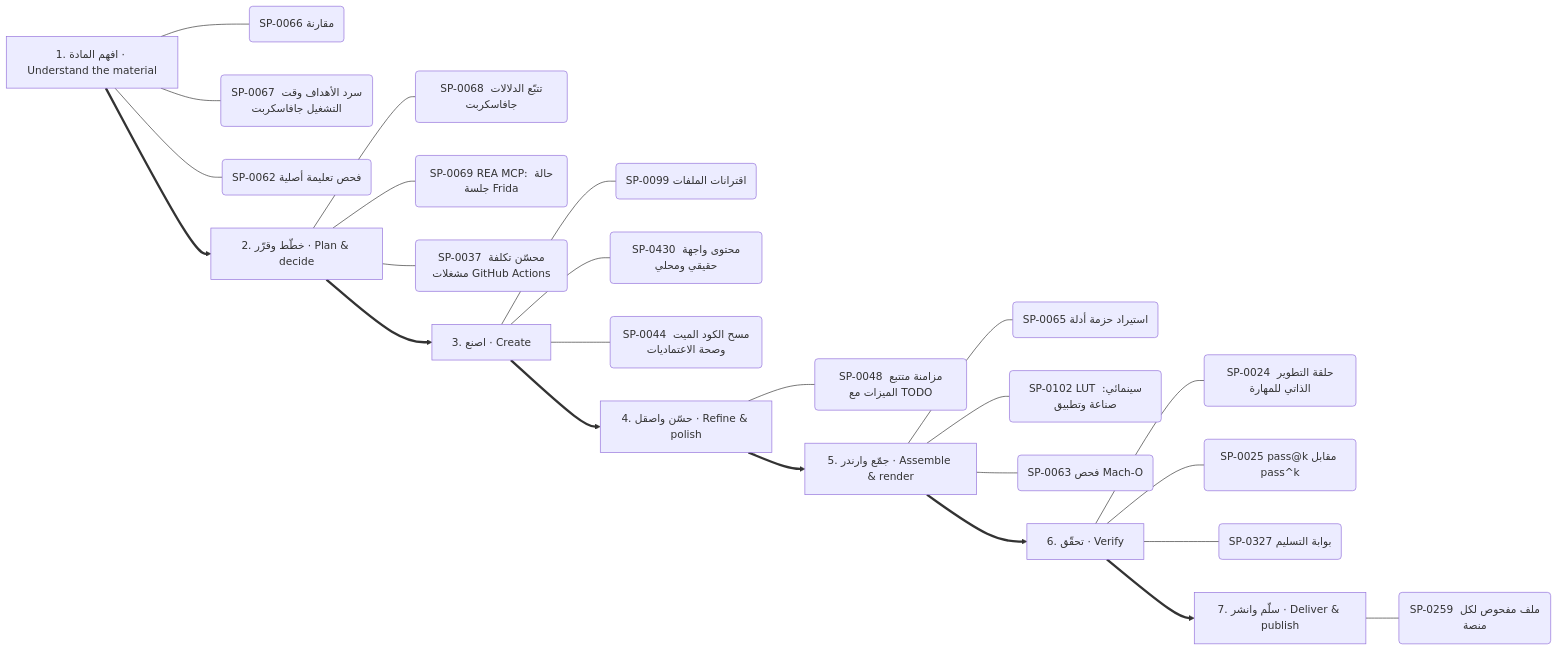
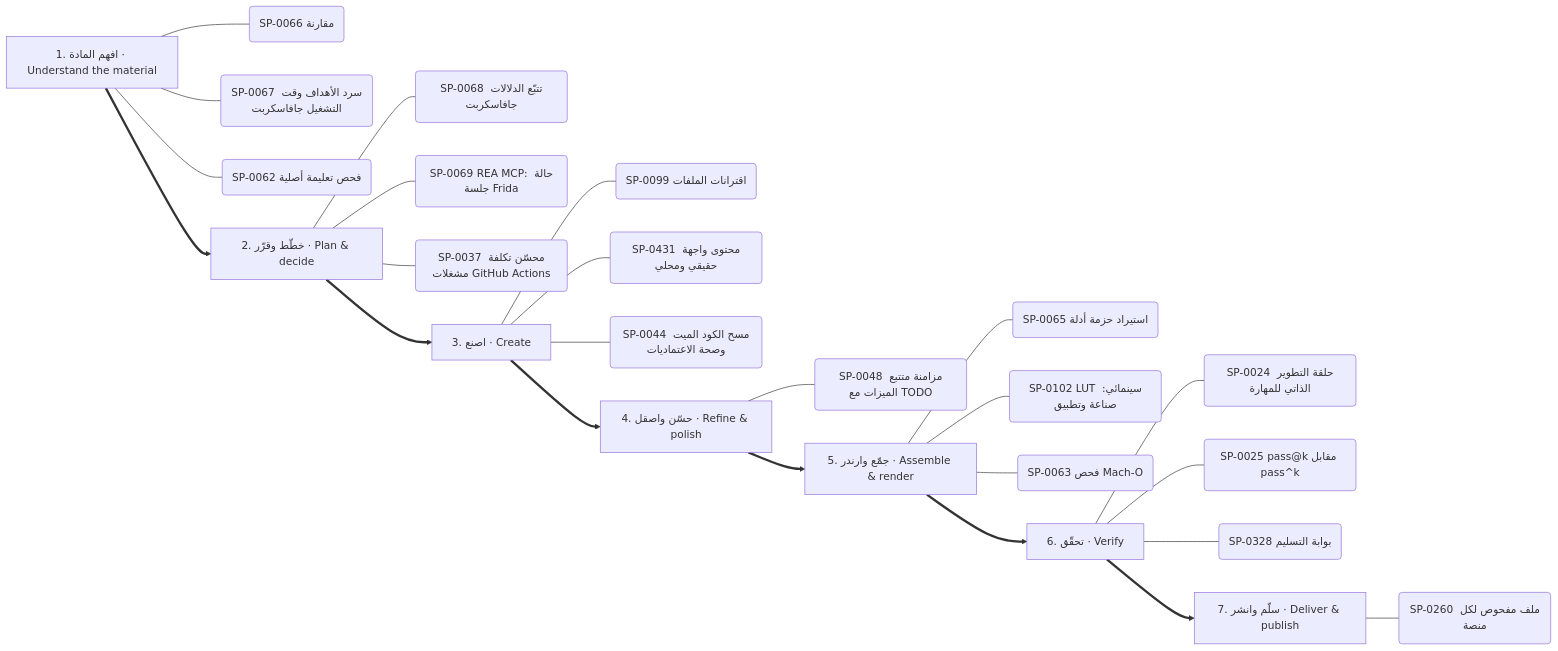
One commit to kosif199022-jpg/kosif-tool changed diagram 11 of 13 in .claude/skills/kosif-superpowers/references/capability-mindmap.md. Above: the diagram before and after it, drawn with Mermaid. The commit also changed other lines of this file and 36 other files, not shown here.

````diff
--- a/.claude/skills/kosif-superpowers/references/capability-mindmap.md
+++ b/.claude/skills/kosif-superpowers/references/capability-mindmap.md
@@ -542,33 +544,33 @@
 ```mermaid
 flowchart LR
   S0["1. افهم المادة · Understand the material"]
   S0 --- S0_0("SP-0066 مقارنة")
   S0 --- S0_1("SP-0067 سرد الأهداف وقت التشغيل جافاسكربت")
   S0 --- S0_2("SP-0062 فحص تعليمة أصلية")
   S1["2. خطّط وقرّر · Plan & decide"]
   S1 --- S1_0("SP-0068 تتبّع الدلالات جافاسكربت")
   S1 --- S1_1("SP-0069 REA MCP: حالة جلسة Frida")
   S1 --- S1_2("SP-0037 محسّن تكلفة مشغلات GitHub Actions")
   S0 ==> S1
   S2["3. اصنع · Create"]
   S2 --- S2_0("SP-0099 اقترانات الملفات")
-  S2 --- S2_1("SP-0430 محتوى واجهة حقيقي ومحلي")
+  S2 --- S2_1("SP-0431 محتوى واجهة حقيقي ومحلي")
   S2 --- S2_2("SP-0044 مسح الكود الميت وصحة الاعتماديات")
   S1 ==> S2
   S3["4. حسّن واصقل · Refine & polish"]
   S3 --- S3_0("SP-0048 مزامنة متتبع الميزات مع TODO")
   S2 ==> S3
   S4["5. جمّع وارندر · Assemble & render"]
   S4 --- S4_0("SP-0065 استيراد حزمة أدلة")
   S4 --- S4_1("SP-0102 LUT سينمائي: صناعة وتطبيق")
   S4 --- S4_2("SP-0063 فحص Mach-O")
   S3 ==> S4
   S5["6. تحقّق · Verify"]
   S5 --- S5_0("SP-0024 حلقة التطوير الذاتي للمهارة")
   S5 --- S5_1("SP-0025 pass@k مقابل pass^k")
-  S5 --- S5_2("SP-0327 بوابة التسليم")
+  S5 --- S5_2("SP-0328 بوابة التسليم")
   S4 ==> S5
   S6["7. سلّم وانشر · Deliver & publish"]
-  S6 --- S6_0("SP-0259 ملف مفحوص لكل منصة")
+  S6 --- S6_0("SP-0260 ملف مفحوص لكل منصة")
   S5 ==> S6
 ```
````
